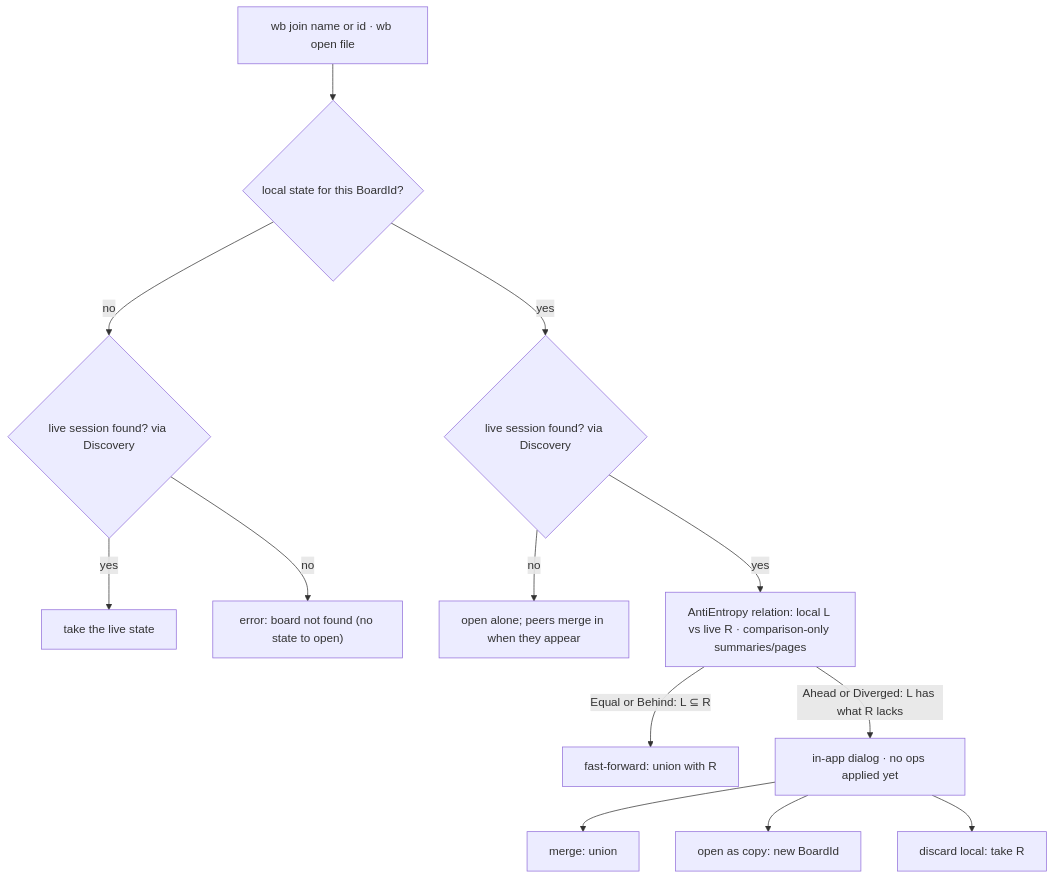
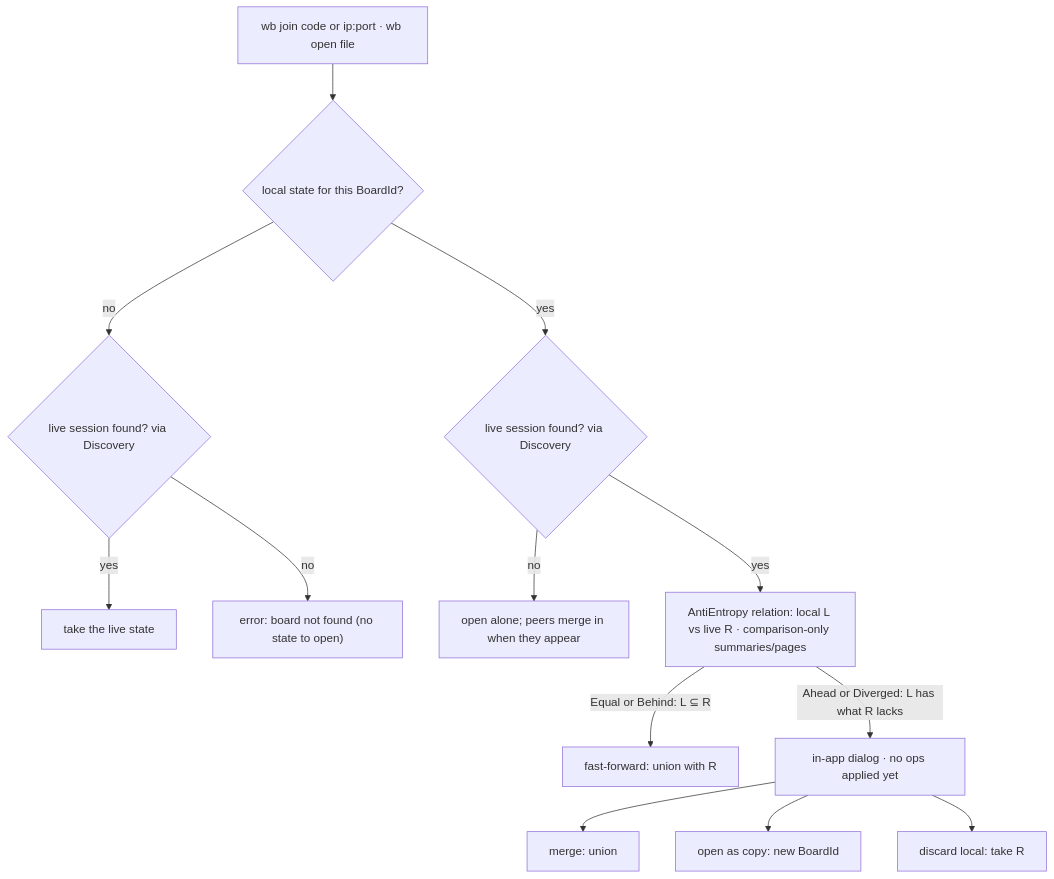
One commit to Student-Team-Projects/Most-Overkilled-Whiteboard-for-ArchLinux changed the diagram in docs/design/join-flow.md. Above: the diagram before and after it, drawn with Mermaid. The commit also changed 4 other files, not shown here.

Commit message:
G29: fix DHT mechanics, code length, fallback limits (local review)

````diff
--- a/docs/design/join-flow.md
+++ b/docs/design/join-flow.md
@@ -6,15 +6,15 @@
 ```mermaid
 flowchart TD
-    start["wb join name or id · wb open file"] --> local{"local state for this BoardId?"}
+    start["wb join code or ip:port · wb open file"] --> local{"local state for this BoardId?"}
     local -- no --> livecheck{"live session found? via Discovery"}
     livecheck -- yes --> take["take the live state"]
     livecheck -- no --> missing["error: board not found (no state to open)"]
     local -- yes --> live{"live session found? via Discovery"}
     live -- no --> seed["open alone; peers merge in when they appear"]
     live -- yes --> rel["AntiEntropy relation: local L vs live R · comparison-only summaries/pages"]
     rel -- "Equal or Behind: L ⊆ R" --> ff["fast-forward: union with R"]
     rel -- "Ahead or Diverged: L has what R lacks" --> dlg["in-app dialog · no ops applied yet"]
     dlg --> merge["merge: union"]
     dlg --> copy["open as copy: new BoardId"]
     dlg --> discard["discard local: take R"]
 ```
````
